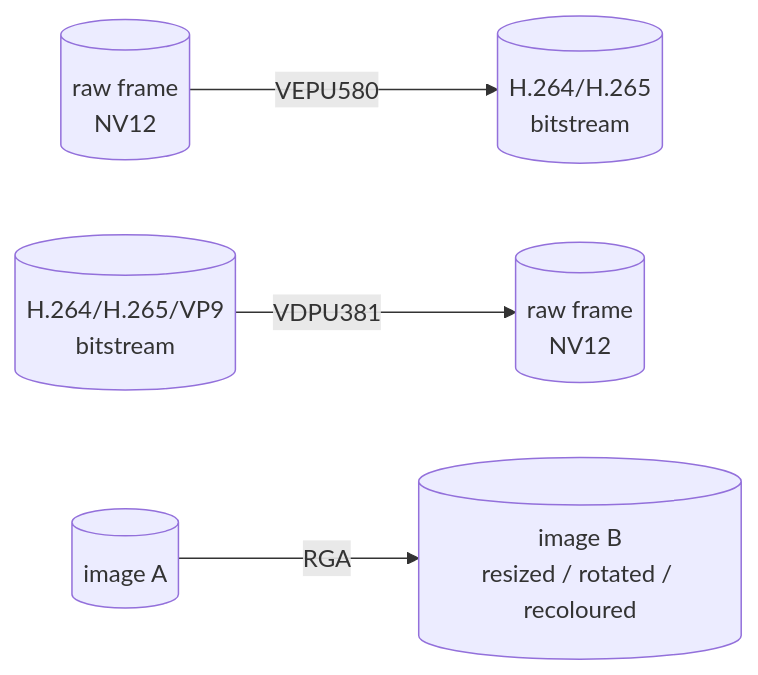
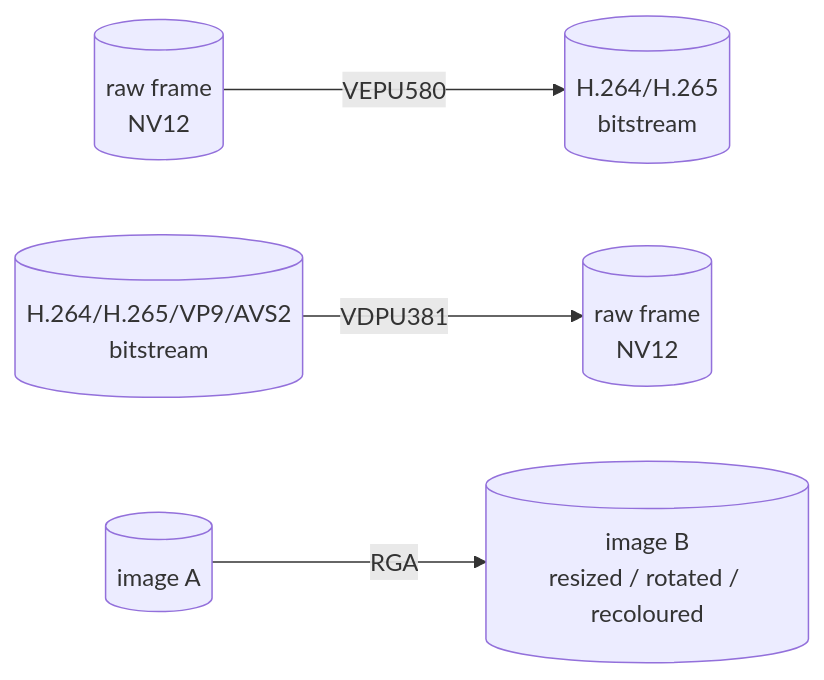
The fourth of 7 diagrams in kernel-drivers/docs/how-the-drivers-work.md (yisding/rock-5b-ysp), drawn with Mermaid before and after one commit. The commit also changed other lines of this file and 19 other files, not shown here.

````diff
--- a/kernel-drivers/docs/how-the-drivers-work.md
+++ b/kernel-drivers/docs/how-the-drivers-work.md
@@ -211,6 +211,6 @@
 ```mermaid
 flowchart LR
   raw[("raw frame<br/>NV12")] -->|VEPU580| h26x[("H.264/H.265<br/>bitstream")]
-  h26x2[("H.264/H.265/VP9<br/>bitstream")] -->|VDPU381| raw2[("raw frame<br/>NV12")]
+  h26x2[("H.264/H.265/VP9/AVS2<br/>bitstream")] -->|VDPU381| raw2[("raw frame<br/>NV12")]
   any[("image A")] -->|RGA| any2[("image B<br/>resized / rotated / recoloured")]
 ```
````
